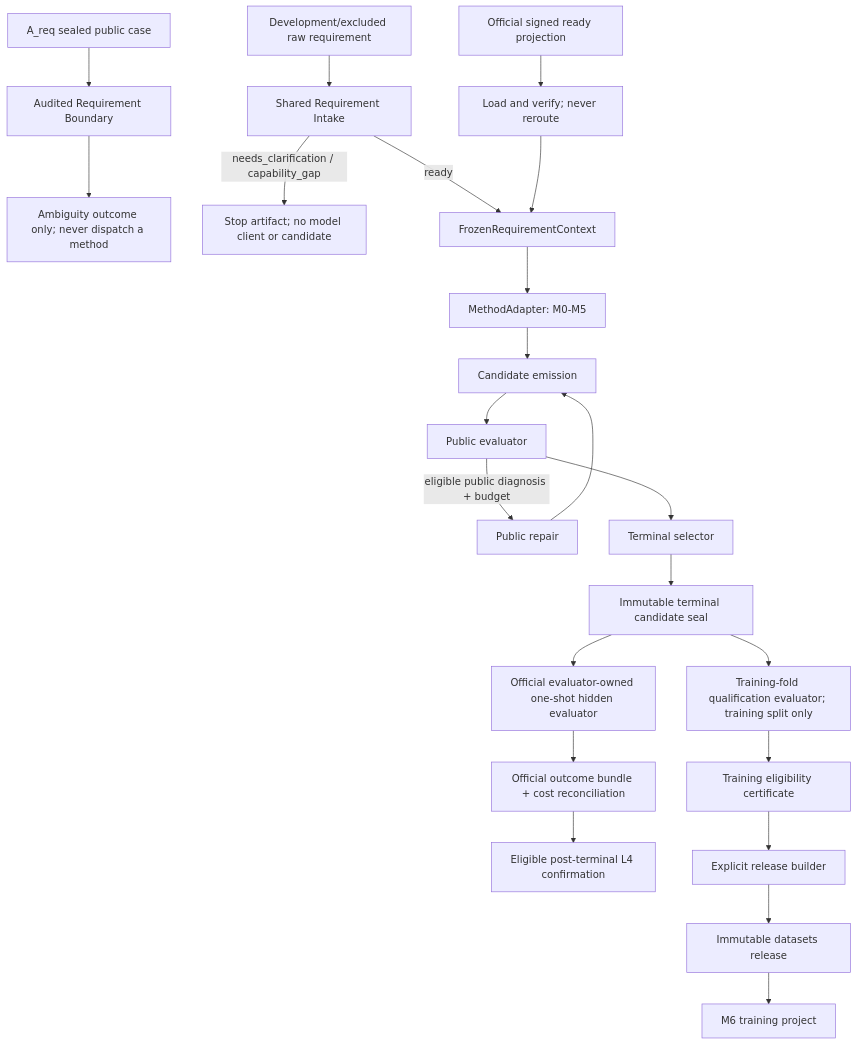
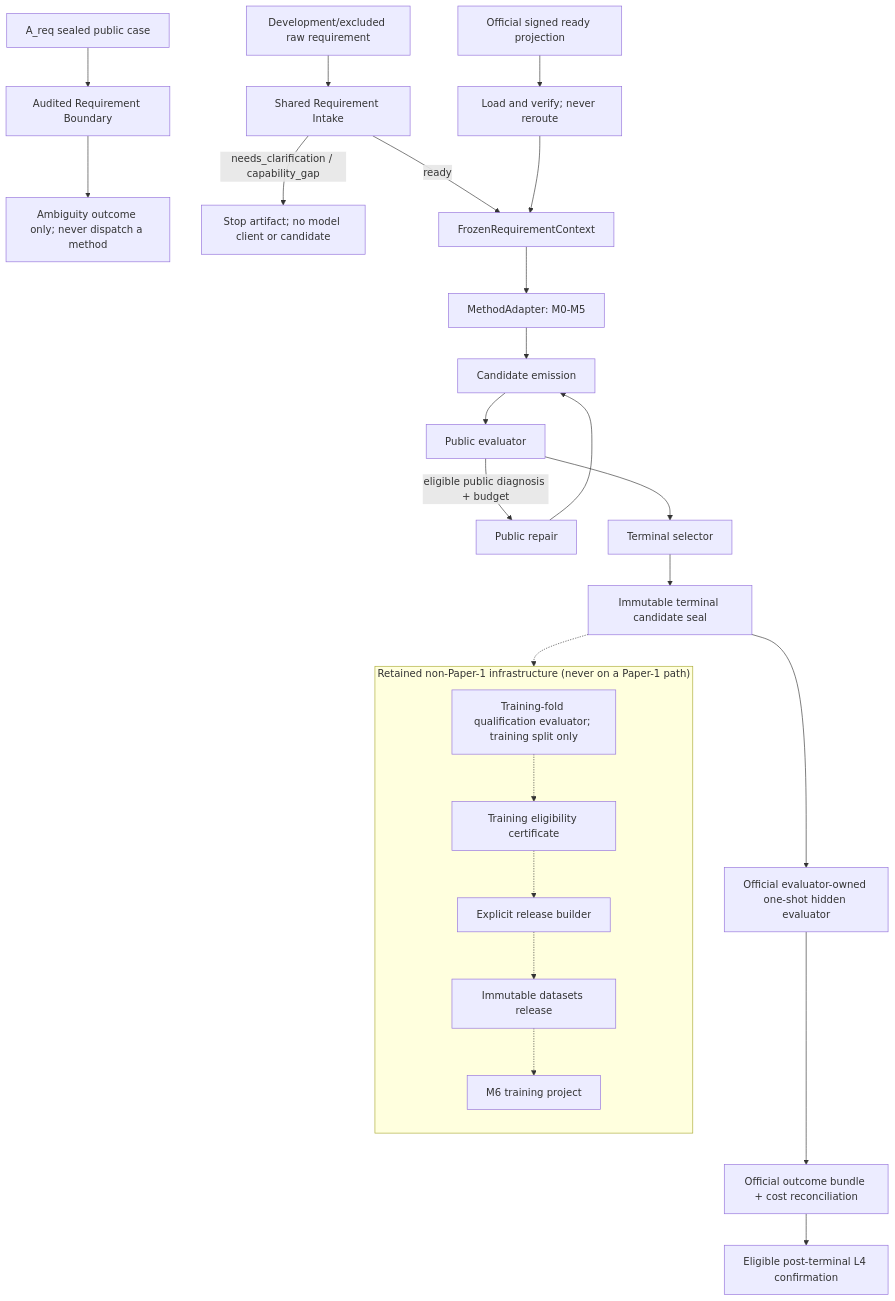
The first of 2 diagrams in docs/specs/2026-08-18-sr2fpga-paper1-code-architecture-development-spec.md (y779325643-art/cuc-ai-fpga), drawn with Mermaid before and after one commit. The commit also changed other lines of this file and 3 other files, not shown here.

````diff
--- a/docs/specs/2026-08-18-sr2fpga-paper1-code-architecture-development-spec.md
+++ b/docs/specs/2026-08-18-sr2fpga-paper1-code-architecture-development-spec.md
@@ -277,25 +336,33 @@
 ```mermaid
 flowchart TD
     R["Development/excluded raw requirement"] --> I["Shared Requirement Intake"]
     A["A_req sealed public case"] --> IA["Audited Requirement Boundary"]
     IA --> AO["Ambiguity outcome only; never dispatch a method"]
     V["Official signed ready projection"] --> LV["Load and verify; never reroute"]
     I -->|"needs_clarification / capability_gap"| S["Stop artifact; no model client or candidate"]
     I -->|"ready"| F["FrozenRequirementContext"]
     LV --> F
     F --> M["MethodAdapter: M0-M5"]
     M --> C["Candidate emission"]
     C --> P["Public evaluator"]
     P -->|"eligible public diagnosis + budget"| X["Public repair"]
     X --> C
     P --> T["Terminal selector"]
     T --> Z["Immutable terminal candidate seal"]
     Z --> H["Official evaluator-owned one-shot hidden evaluator"]
     H --> O["Official outcome bundle + cost reconciliation"]
     O --> L["Eligible post-terminal L4 confirmation"]
-    Z --> Q["Training-fold qualification evaluator; training split only"]
-    Q --> E["Training eligibility certificate"]
-    E --> D["Explicit release builder"]
-    D --> DS["Immutable datasets release"]
-    DS --> TR["M6 training project"]
+    subgraph RET["Retained non-Paper-1 infrastructure (never on a Paper-1 path)"]
+        direction TB
+        Q["Training-fold qualification evaluator; training split only"]
+        E["Training eligibility certificate"]
+        D["Explicit release builder"]
+        DS["Immutable datasets release"]
+        TR["M6 training project"]
+        Q -.-> E
+        E -.-> D
+        D -.-> DS
+        DS -.-> TR
+    end
+    Z -.-> Q
 ```
````
